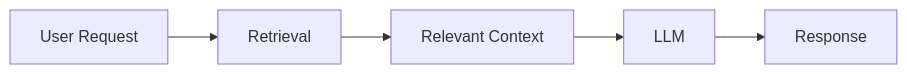
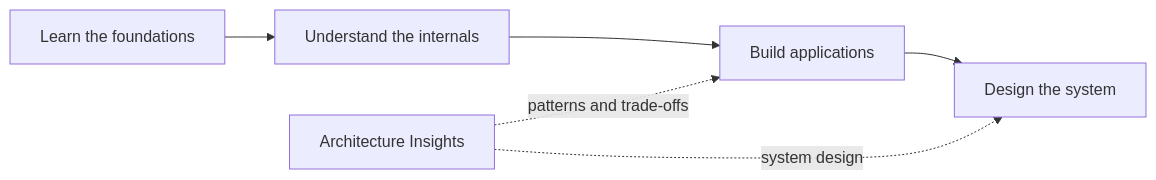
One commit to MihirKJha/enterprise-ai-blog changed the sixth of 9 diagrams in docs/index.md. Above: the diagram before and after it, drawn with Mermaid. The commit also changed other lines of this file and 3 other files, not shown here.

````diff
--- a/docs/index.md
+++ b/docs/index.md
@@ -347,13 +227,8 @@
 ```mermaid
 flowchart LR
-    A[User Request]
-    B[Retrieval]
-    C[Relevant Context]
-    D[LLM]
-    E[Response]
-
-    A --> B
-    B --> C
-    C --> D
-    D --> E
+    A["Learn the foundations"] --> B["Understand the internals"]
+    B --> C["Build applications"]
+    C --> D["Design the system"]
+    E["Architecture Insights"] -. "patterns and trade-offs" .-> C
+    E -. "system design" .-> D
 ```
````
